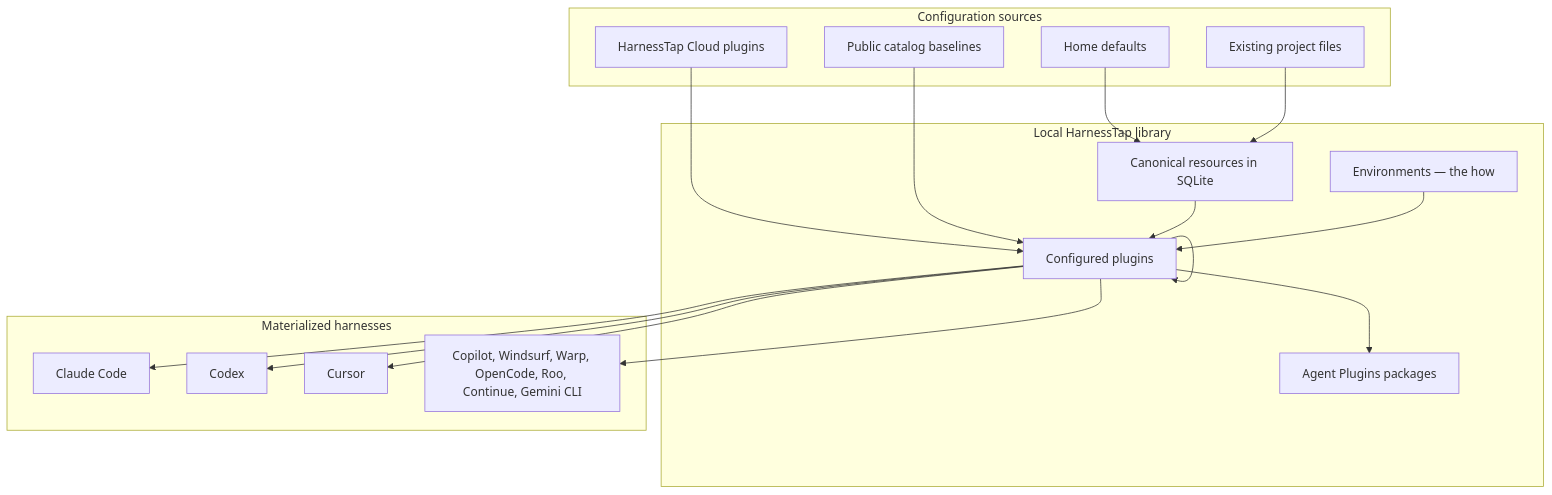
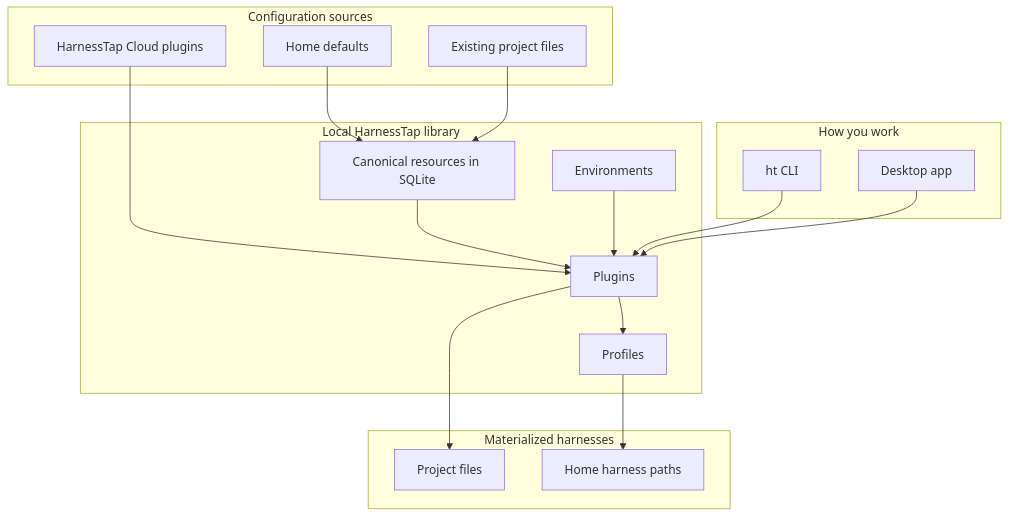
Before and after one commit to harnesstap/harnesstap: the diagram in README.md, drawn with Mermaid. The commit also changed other lines of this file and 17 other files, not shown here.

````diff
--- a/README.md
+++ b/README.md
@@ -215,37 +199,36 @@
 ```mermaid
 flowchart TB
   subgraph Sources[Configuration sources]
     Home[Home defaults]
     Repo[Existing project files]
     Cloud[HarnessTap Cloud plugins]
-    BuiltIn[Public catalog baselines]
   end
 
   subgraph Library[Local HarnessTap library]
     Resources[Canonical resources in SQLite]
-    Plugins[Plugins — the what]
-    Envs[Environments — the how]
-    Plugins[Configured plugins]
-    Packages[Agent Plugins packages]
+    Plugins[Plugins]
+    Envs[Environments]
+    Profiles[Profiles]
+  end
+
+  subgraph Surfaces[How you work]
+    CLI[ht CLI]
+    Desktop[Desktop app]
   end
 
   subgraph Targets[Materialized harnesses]
-    Claude[Claude Code]
-    Codex[Codex]
-    Cursor[Cursor]
-    Generic[Copilot, Windsurf, Warp, OpenCode, Roo, Continue, Gemini CLI]
+    Project[Project files]
+    Global[Home harness paths]
   end
 
   Home --> Resources
   Repo --> Resources
   Cloud --> Plugins
-  BuiltIn --> Plugins
   Resources --> Plugins
-  Plugins --> Plugins
   Envs --> Plugins
-  Plugins --> Packages
-  Plugins --> Claude
-  Plugins --> Codex
-  Plugins --> Cursor
-  Plugins --> Generic
+  Plugins --> Profiles
+  CLI --> Plugins
+  Desktop --> Plugins
+  Plugins --> Project
+  Profiles --> Global
 ```
````
